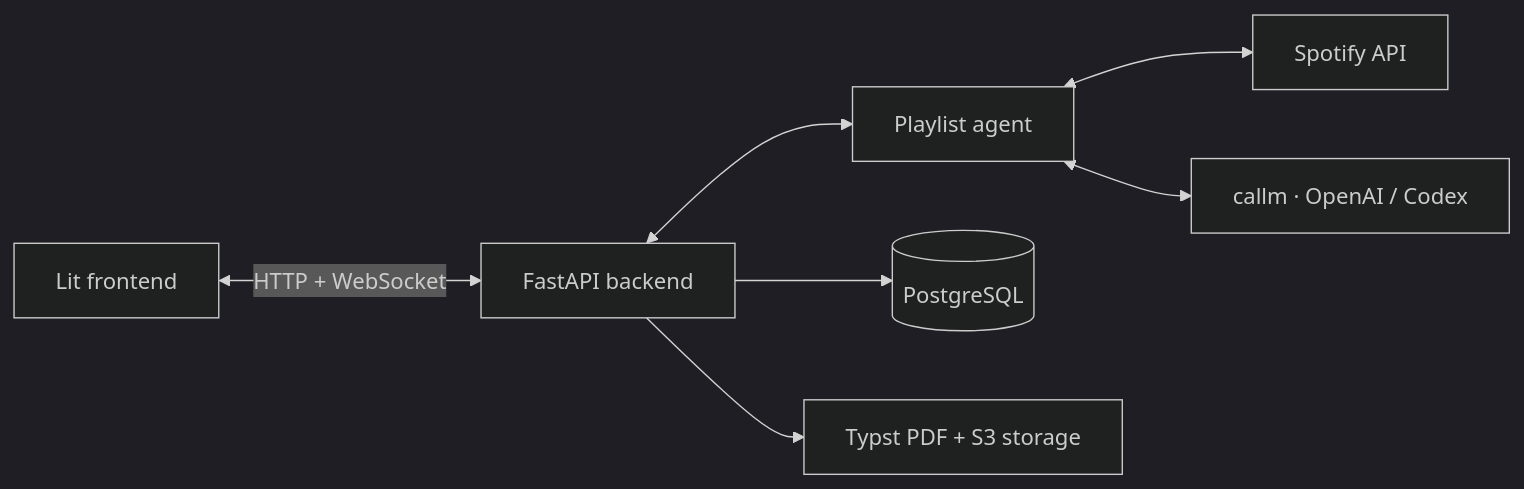
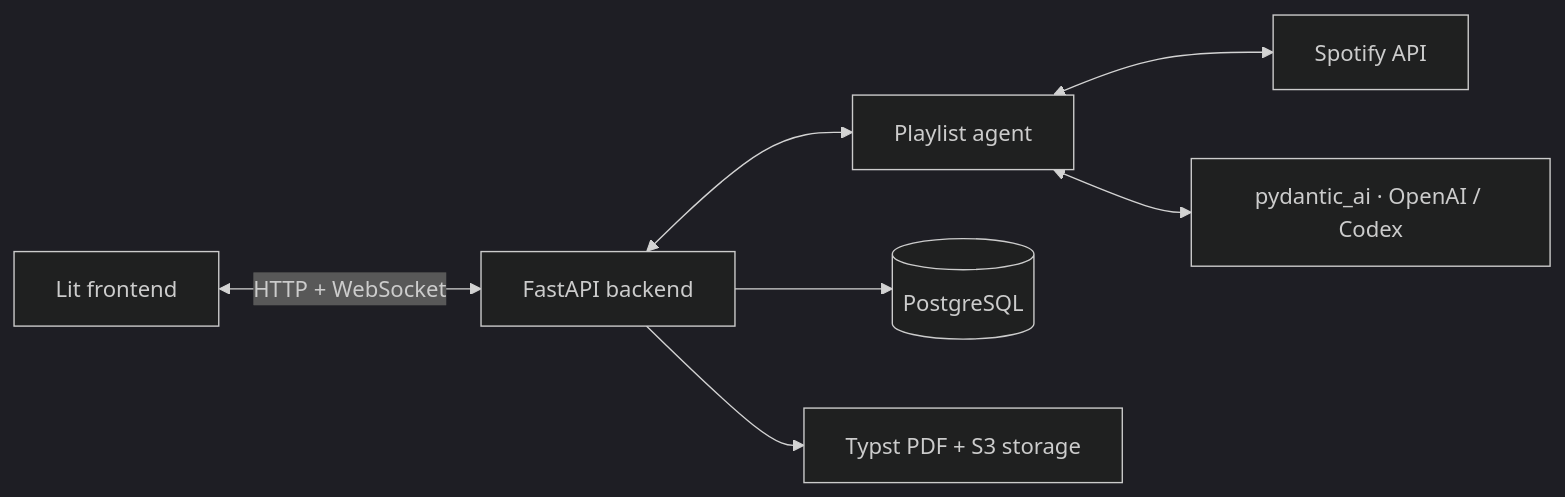
Before and after one commit to mathisarends/prompster: the diagram in README.md, drawn with Mermaid (dark theme). The commit also changed other lines of this file and 72 other files, not shown here.

First line of the commit message:
feat(agent): run the agent on harnessed and pydantic_ai

````diff
--- a/README.md
+++ b/README.md
@@ -72,9 +72,9 @@
 ```mermaid
 flowchart LR
     UI[Lit frontend] <-->|HTTP + WebSocket| API[FastAPI backend]
     API <--> Agent[Playlist agent]
     Agent <--> Spotify[Spotify API]
-    Agent <--> Models[callm · OpenAI / Codex]
+    Agent <--> Models[pydantic_ai · OpenAI / Codex]
     API --> DB[(PostgreSQL)]
     API --> Export[Typst PDF + S3 storage]
 ```
````
